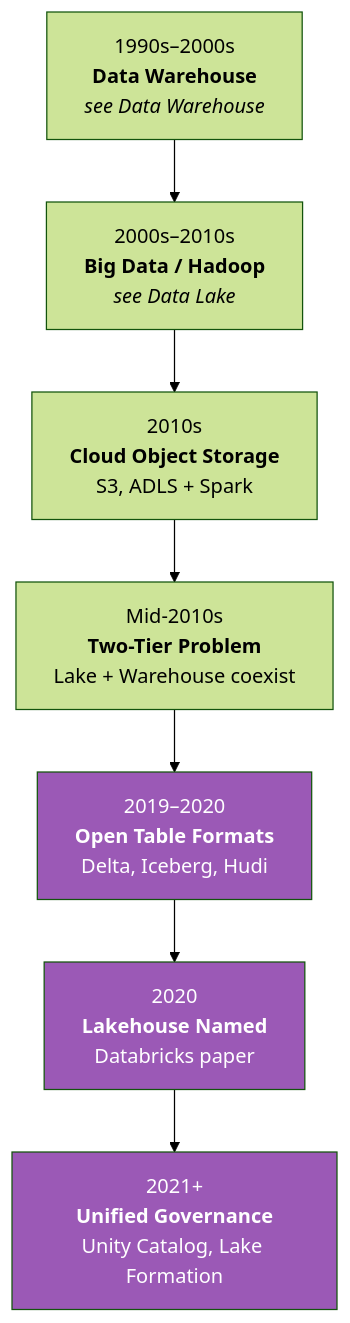
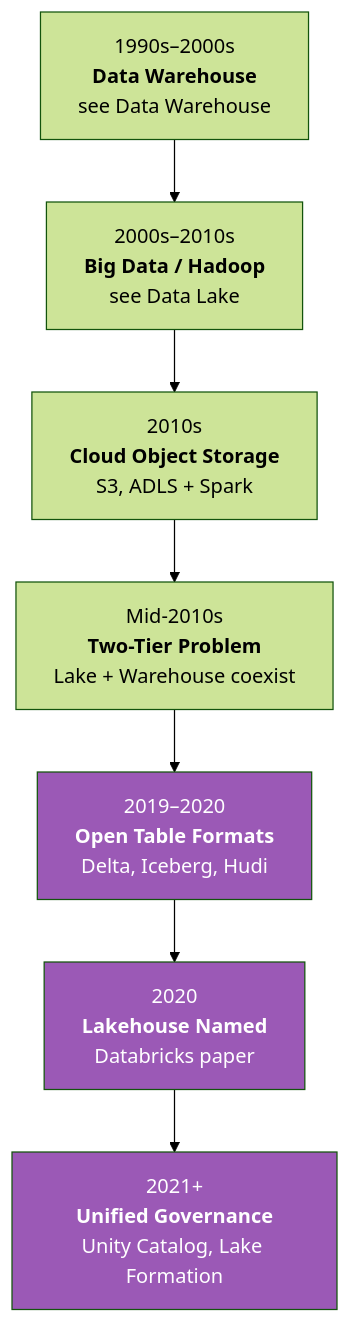
The second of 8 diagrams in data-architecture/data-lakehouse.md (adnanrahin/adnanrahin.github.io), drawn with Mermaid (forest theme) before and after one commit. The commit also changed other lines of this file and 3 other files, not shown here.

Commit message:
updated the flowchart

````diff
--- a/data-architecture/data-lakehouse.md
+++ b/data-architecture/data-lakehouse.md
@@ -91,16 +86,16 @@
 ```mermaid
 flowchart TD
-    S1["1990s–2000s<br/><b>Data Warehouse</b><br/><i>see Data Warehouse</i>"]
-    S2["2000s–2010s<br/><b>Big Data / Hadoop</b><br/><i>see Data Lake</i>"]
+    S1["1990s–2000s<br/><b>Data Warehouse</b><br/>see Data Warehouse"]
+    S2["2000s–2010s<br/><b>Big Data / Hadoop</b><br/>see Data Lake"]
     S3["2010s<br/><b>Cloud Object Storage</b><br/>S3, ADLS + Spark"]
     S4["Mid-2010s<br/><b>Two-Tier Problem</b><br/>Lake + Warehouse coexist"]
     S5["2019–2020<br/><b>Open Table Formats</b><br/>Delta, Iceberg, Hudi"]
     S6["2020<br/><b>Lakehouse Named</b><br/>Databricks paper"]
     S7["2021+<br/><b>Unified Governance</b><br/>Unity Catalog, Lake Formation"]
 
     S1 --> S2 --> S3 --> S4 --> S5 --> S6 --> S7
 
     style S5 fill:#9B59B6,color:#fff
     style S6 fill:#9B59B6,color:#fff
     style S7 fill:#9B59B6,color:#fff
 ```
````
